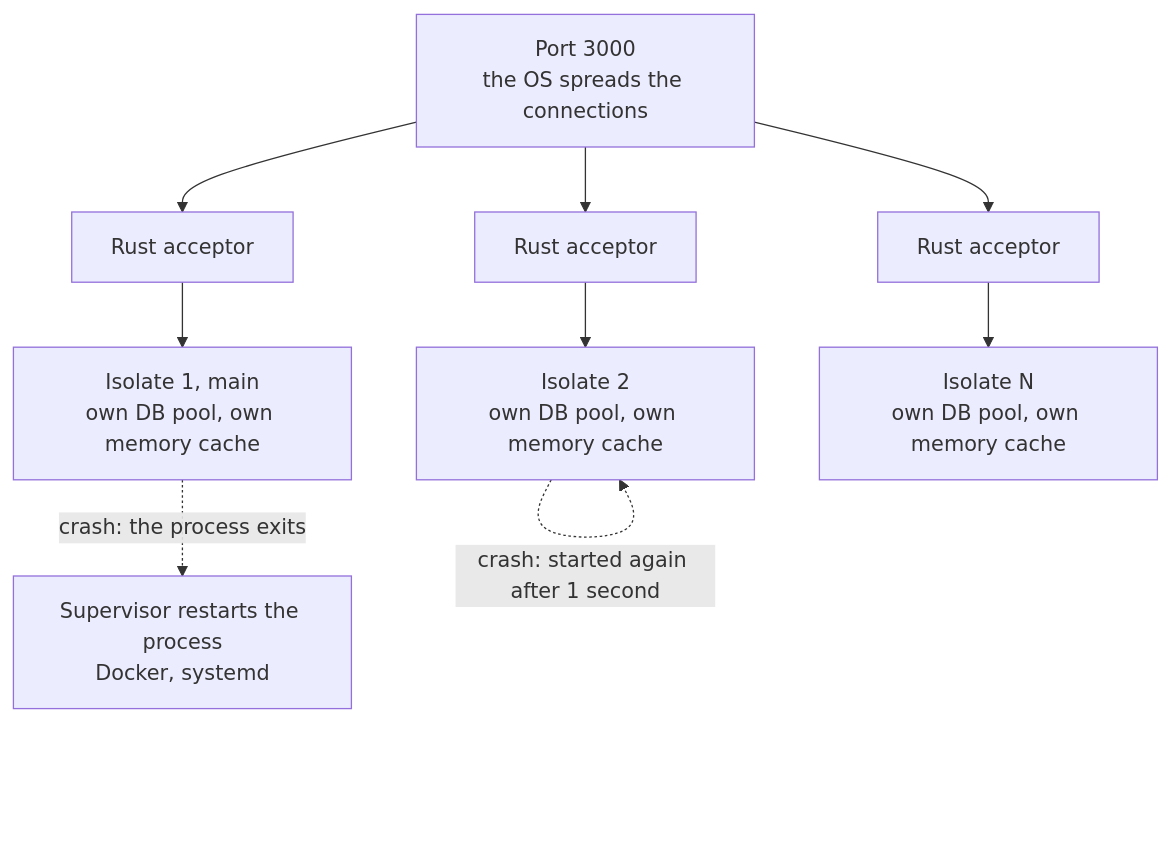
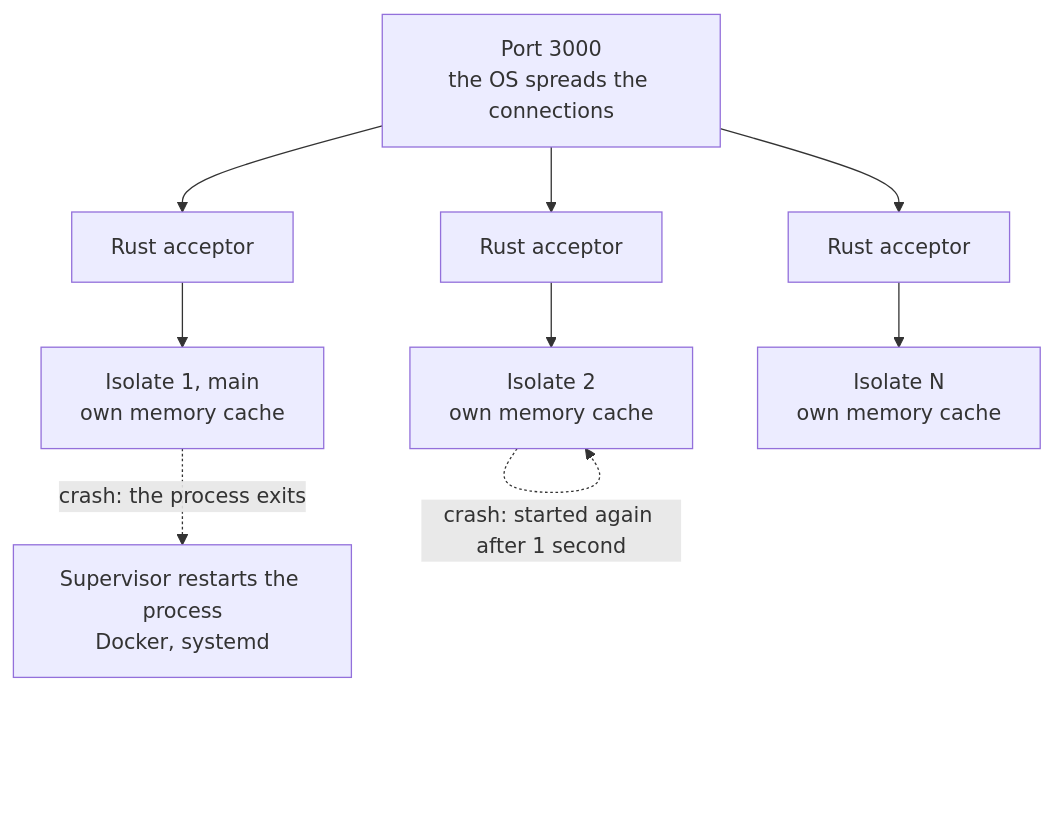
Before and after one commit to dartondox/dox: the diagram in docs/digging-deeper/isolate.md, drawn with Mermaid. The commit also changed other lines of this file and 24 other files, not shown here.

````diff
--- a/docs/digging-deeper/isolate.md
+++ b/docs/digging-deeper/isolate.md
@@ -16,11 +16,11 @@
 ```mermaid
 flowchart TD
     OS["Port 3000<br>the OS spreads the connections"] --> A1["Rust acceptor"]
     OS --> A2["Rust acceptor"]
     OS --> A3["Rust acceptor"]
-    A1 --> I1["Isolate 1, main<br>own DB pool, own memory cache"]
-    A2 --> I2["Isolate 2<br>own DB pool, own memory cache"]
-    A3 --> I3["Isolate N<br>own DB pool, own memory cache"]
+    A1 --> I1["Isolate 1, main<br>own memory cache"]
+    A2 --> I2["Isolate 2<br>own memory cache"]
+    A3 --> I3["Isolate N<br>own memory cache"]
     I2 -. "crash: started again after 1 second" .-> I2
     I1 -. "crash: the process exits" .-> S["Supervisor restarts the process<br>Docker, systemd"]
 ```
````
